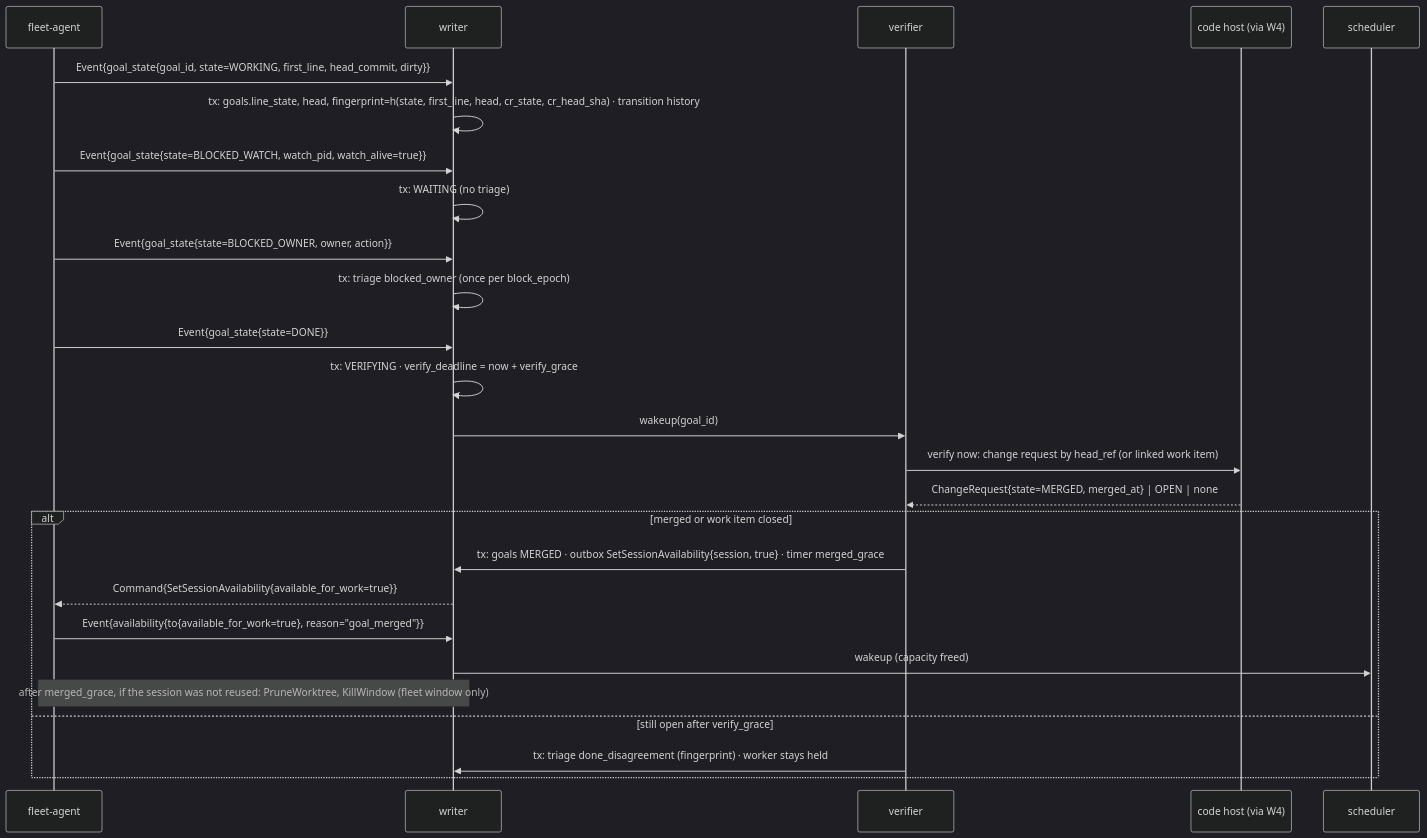
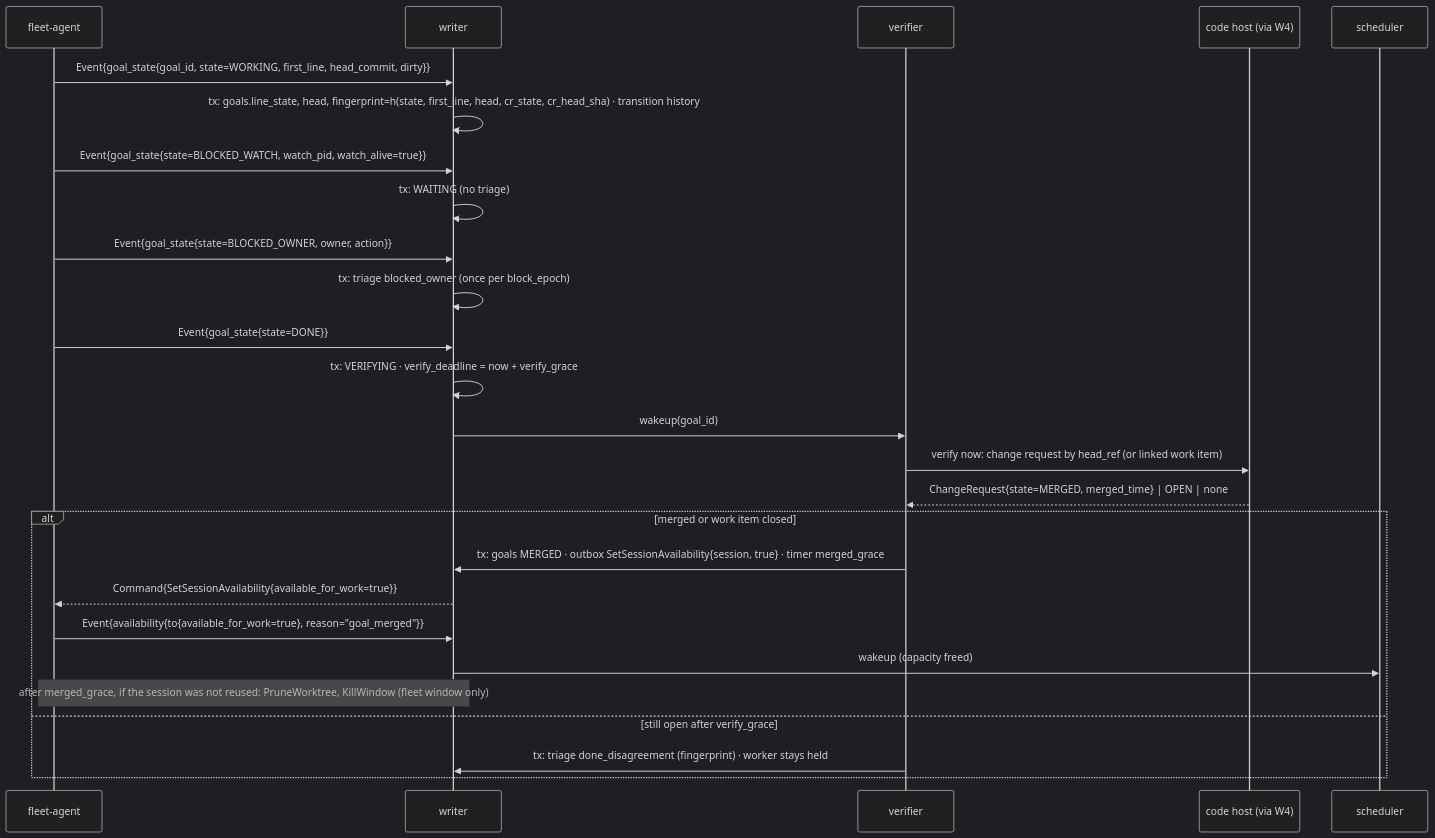
Before and after one commit to linuxdynasty/fleet-board: the third of 4 diagrams in docs/specs/03c-goals.md, drawn with Mermaid (dark theme). The commit also changed other lines of this file and 52 other files, not shown here.

````diff
--- a/docs/specs/03c-goals.md
+++ b/docs/specs/03c-goals.md
@@ -210,28 +215,28 @@
 ```mermaid
 sequenceDiagram
   participant A as fleet-agent
   participant W as writer
   participant V as verifier
   participant C as code host (via W4)
   participant S as scheduler
   A->>W: Event{goal_state{goal_id, state=WORKING, first_line, head_commit, dirty}}
   W->>W: tx: goals.line_state, head, fingerprint=h(state, first_line, head, cr_state, cr_head_sha) · transition history
   A->>W: Event{goal_state{state=BLOCKED_WATCH, watch_pid, watch_alive=true}}
   W->>W: tx: WAITING (no triage)
   A->>W: Event{goal_state{state=BLOCKED_OWNER, owner, action}}
   W->>W: tx: triage blocked_owner (once per block_epoch)
   A->>W: Event{goal_state{state=DONE}}
   W->>W: tx: VERIFYING · verify_deadline = now + verify_grace
   W->>V: wakeup(goal_id)
   V->>C: verify now: change request by head_ref (or linked work item)
-  C-->>V: ChangeRequest{state=MERGED, merged_at} | OPEN | none
+  C-->>V: ChangeRequest{state=MERGED, merged_time} | OPEN | none
   alt merged or work item closed
     V->>W: tx: goals MERGED · outbox SetSessionAvailability{session, true} · timer merged_grace
     W-->>A: Command{SetSessionAvailability{available_for_work=true}}
     A->>W: Event{availability{to{available_for_work=true}, reason="goal_merged"}}
     W->>S: wakeup (capacity freed)
     Note over W,A: after merged_grace, if the session was not reused: PruneWorktree, KillWindow (fleet window only)
   else still open after verify_grace
     V->>W: tx: triage done_disagreement (fingerprint) · worker stays held
   end
 ```
````
